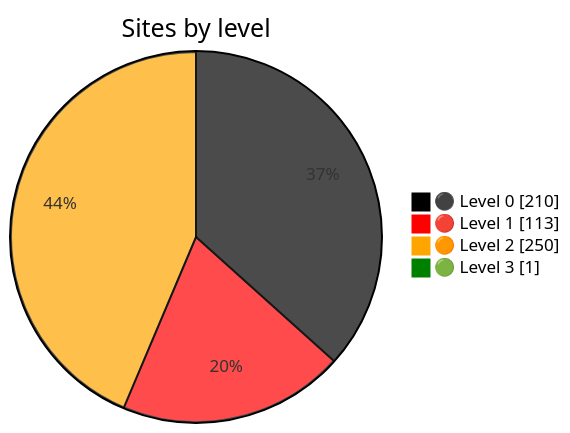
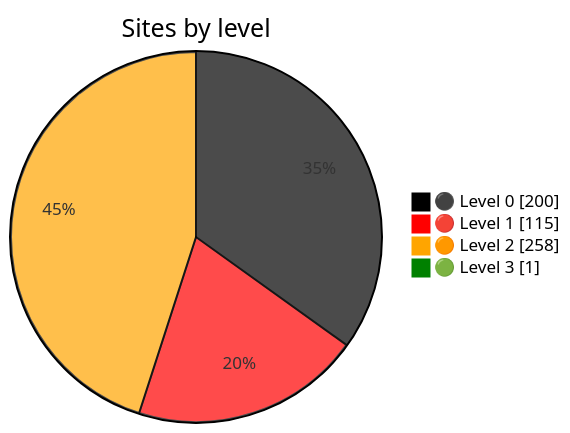
One commit to Dushmilan/gov_lk_web_auditor changed the diagram in README.md. Above: the diagram before and after it, drawn with Mermaid. The commit also changed other lines of this file and 2551 other files, not shown here.

````diff
--- a/README.md
+++ b/README.md
@@ -24,9 +24,9 @@
 ```mermaid
 %%{init: {"themeVariables":{"pie1":"black","pie2":"red","pie3":"orange","pie4":"green"}}}%%
 pie showData
     title Sites by level
-    "⚫ Level 0" : 210
-    "🔴 Level 1" : 113
-    "🟠 Level 2" : 250
+    "⚫ Level 0" : 200
+    "🔴 Level 1" : 115
+    "🟠 Level 2" : 258
     "🟢 Level 3" : 1
 ```
````
